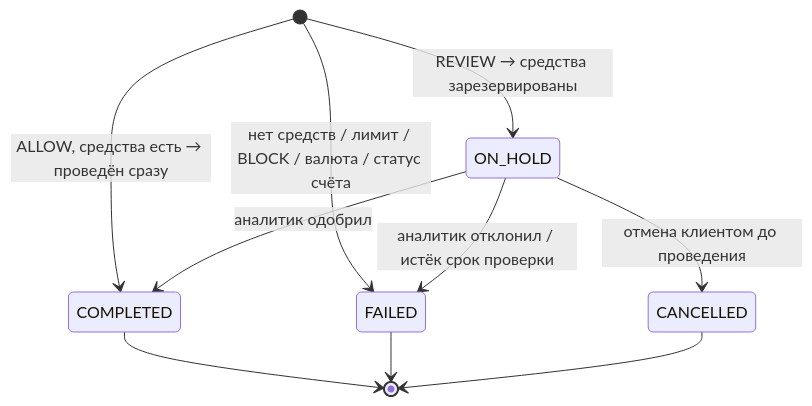
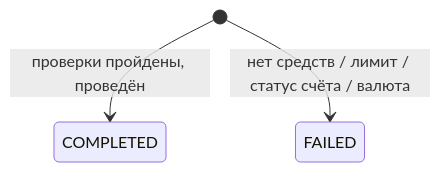
The second of 3 diagrams in paycore/docs/architecture/money-flows.md (romangergovskiy/paycore), drawn with Mermaid before and after one commit. The commit also changed other lines of this file and 12 other files, not shown here.

````diff
--- a/paycore/docs/architecture/money-flows.md
+++ b/paycore/docs/architecture/money-flows.md
@@ -49,12 +64,5 @@
 ```mermaid
 stateDiagram-v2
-    [*] --> COMPLETED: ALLOW, средства есть → проведён сразу
-    [*] --> FAILED: нет средств / лимит / BLOCK / валюта / статус счёта
-    [*] --> ON_HOLD: REVIEW → средства зарезервированы
-    ON_HOLD --> COMPLETED: аналитик одобрил
-    ON_HOLD --> CANCELLED: отмена клиентом до проведения
-    ON_HOLD --> FAILED: аналитик отклонил / истёк срок проверки
-    COMPLETED --> [*]
-    FAILED --> [*]
-    CANCELLED --> [*]
+    [*] --> COMPLETED: проверки пройдены, проведён
+    [*] --> FAILED: нет средств / лимит / статус счёта / валюта
 ```
````
